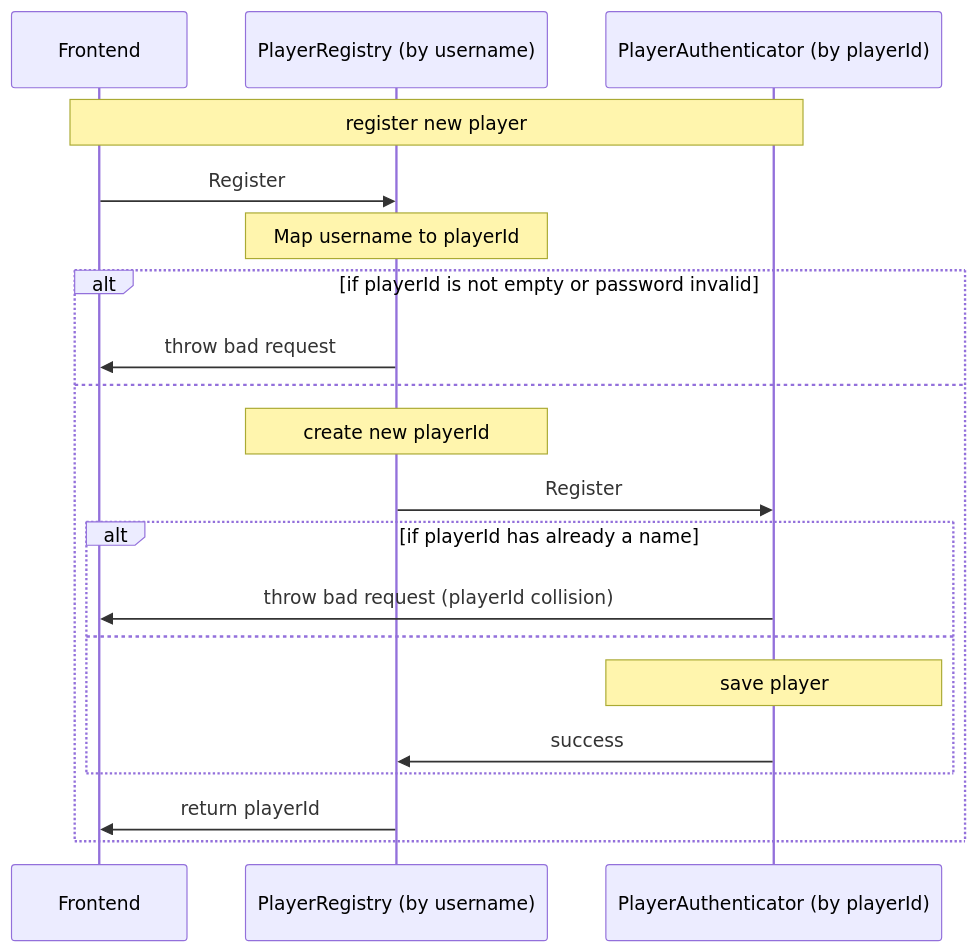
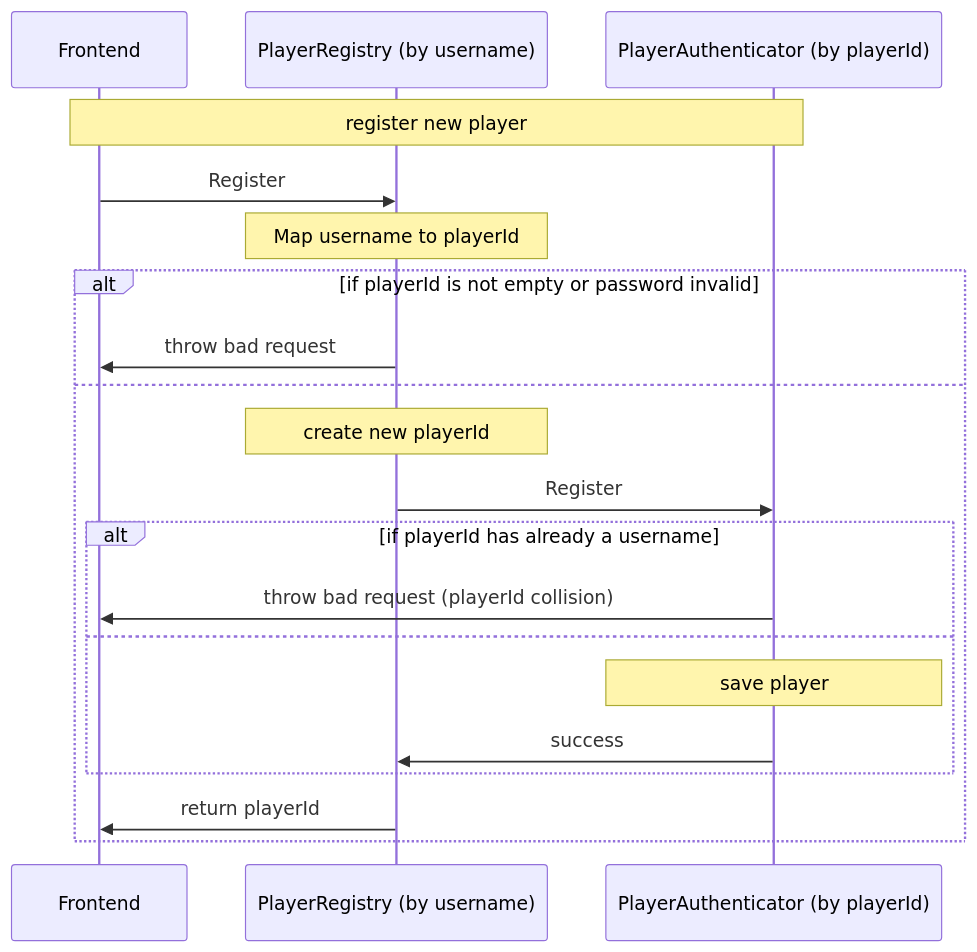
One commit to flensrocker/Actor.GameHub changed the diagram in orl/Actor.GameHub.Identity.Abstractions/doc/register-player.mmd. Above: the diagram before and after it, drawn with Mermaid. The commit also changed 6 other files, not shown here.

```diff
--- a/orl/Actor.GameHub.Identity.Abstractions/doc/register-player.mmd
+++ b/orl/Actor.GameHub.Identity.Abstractions/doc/register-player.mmd
@@ -1,21 +1,21 @@
 sequenceDiagram
   participant f as Frontend
   participant pr as PlayerRegistry (by username)
   participant pa as PlayerAuthenticator (by playerId)
 
   Note over f,pa:register new player
   f->>pr:Register
   Note over pr:Map username to playerId
   alt if playerId is not empty or password invalid
     pr->>f:throw bad request
   else
     Note over pr:create new playerId
     pr->>pa:Register
-    alt if playerId has already a name
+    alt if playerId has already a username
       pa->>f:throw bad request (playerId collision)
     else
       Note over pa:save player
       pa->>pr:success
     end
     pr->>f:return playerId
   end
```
